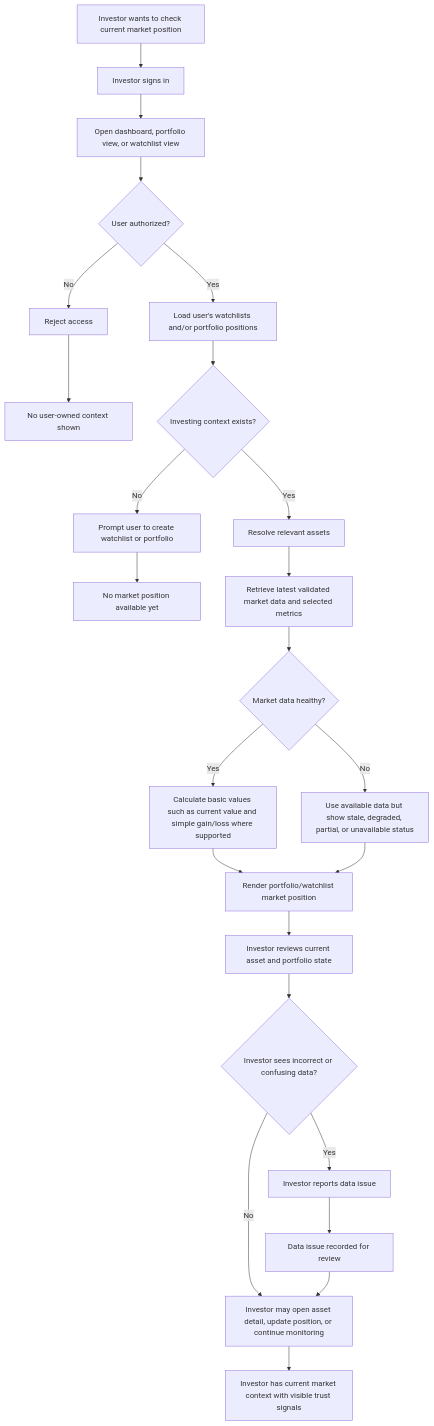
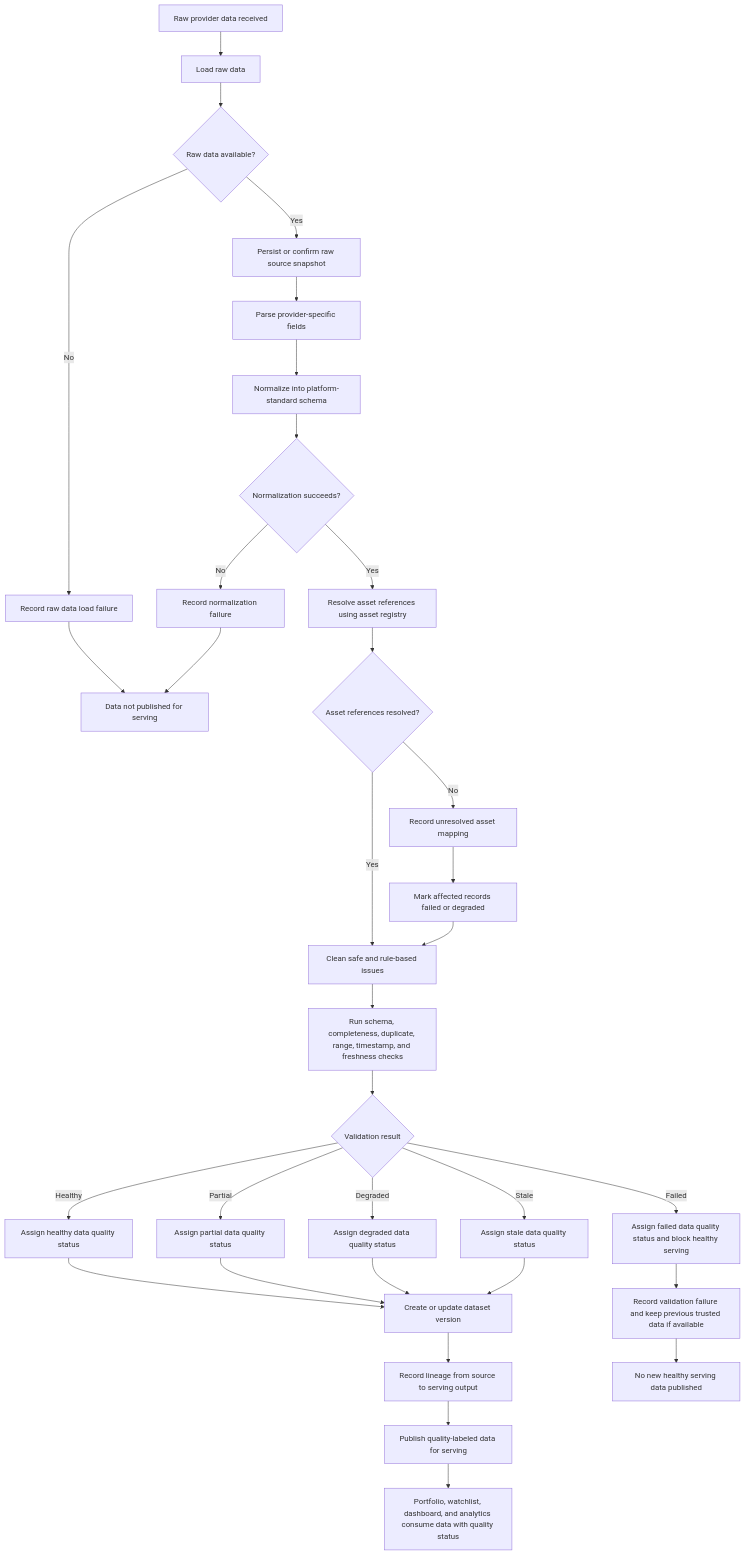
One commit to barto-official/market-intelligence-platform changed the fifth of 6 diagrams in docs/architecture/adr/ddd-exercise.md. Above: the diagram before and after it, drawn with Mermaid. The commit also changed other lines of this file and 5 other files, not shown here.

````diff
--- a/docs/architecture/adr/ddd-exercise.md
+++ b/docs/architecture/adr/ddd-exercise.md
@@ -444,35 +571,46 @@
 ```mermaid
 flowchart TD
-    A[Investor wants to check current market position] --> B[Investor signs in]
-    B --> C[Open dashboard, portfolio view, or watchlist view]
-    C --> D{User authorized?}
+    A[Raw provider data received] --> B[Load raw data]
+    B --> C{Raw data available?}
 
-    D -- No --> E[Reject access]
-    E --> Z1[No user-owned context shown]
+    C -- No --> D[Record raw data load failure]
+    D --> Z1[Data not published for serving]
 
-    D -- Yes --> F[Load user's watchlists and/or portfolio positions]
-    F --> G{Investing context exists?}
+    C -- Yes --> E[Persist or confirm raw source snapshot]
+    E --> F[Parse provider-specific fields]
+    F --> G[Normalize into platform-standard schema]
 
-    G -- No --> H[Prompt user to create watchlist or portfolio]
-    H --> Z2[No market position available yet]
+    G --> H{Normalization succeeds?}
+    H -- No --> I[Record normalization failure]
+    I --> Z1
 
-    G -- Yes --> I[Resolve relevant assets]
-    I --> J[Retrieve latest validated market data and selected metrics]
-    J --> K{Market data healthy?}
+    H -- Yes --> J[Resolve asset references using asset registry]
+    J --> K{Asset references resolved?}
 
-    K -- Yes --> L[Calculate basic values such as current value and simple gain/loss where supported]
-    K -- No --> M[Use available data but show stale, degraded, partial, or unavailable status]
+    K -- No --> L[Record unresolved asset mapping]
+    L --> M[Mark affected records failed or degraded]
 
-    L --> N[Render portfolio/watchlist market position]
+    K -- Yes --> N[Clean safe and rule-based issues]
     M --> N
 
-    N --> O[Investor reviews current asset and portfolio state]
-    O --> P{Investor sees incorrect or confusing data?}
+    N --> O[Run schema, completeness, duplicate, range, timestamp, and freshness checks]
+    O --> P{Validation result}
 
-    P -- Yes --> Q[Investor reports data issue]
-    Q --> R[Data issue recorded for review]
+    P -- Healthy --> Q[Assign healthy data quality status]
+    P -- Partial --> R[Assign partial data quality status]
+    P -- Degraded --> S[Assign degraded data quality status]
+    P -- Stale --> T[Assign stale data quality status]
+    P -- Failed --> U[Assign failed data quality status and block healthy serving]
 
-    P -- No --> S[Investor may open asset detail, update position, or continue monitoring]
-    R --> S
-    S --> T[Investor has current market context with visible trust signals]
+    Q --> V[Create or update dataset version]
+    R --> V
+    S --> V
+    T --> V
+    U --> W[Record validation failure and keep previous trusted data if available]
+
+    V --> X[Record lineage from source to serving output]
+    X --> Y[Publish quality-labeled data for serving]
+    Y --> Z[Portfolio, watchlist, dashboard, and analytics consume data with quality status]
+
+    W --> Z2[No new healthy serving data published]
 ```
````
